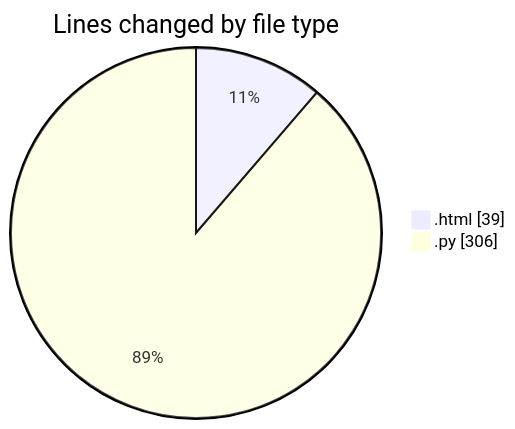
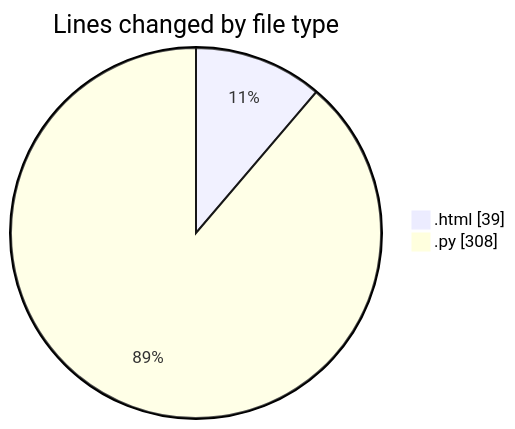
Before and after one commit to Ritupan-Deka/code-tracking: the first of 2 diagrams in 2025-06-22/___base/README.md, drawn with Mermaid. The commit also changed other lines of this file and 1 other file, not shown here.

````diff
--- a/2025-06-22/___base/README.md
+++ b/2025-06-22/___base/README.md
@@ -21,6 +21,6 @@
 ```mermaid
 pie showData
 title Lines changed by file type
 ".html" : 39
-".py" : 306
+".py" : 308
 ```
````
